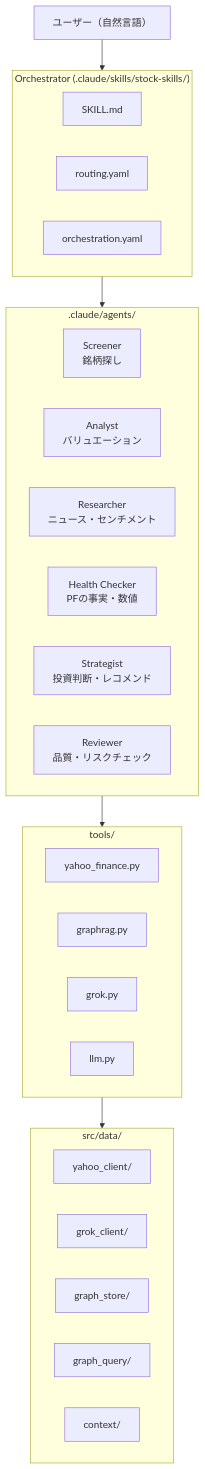
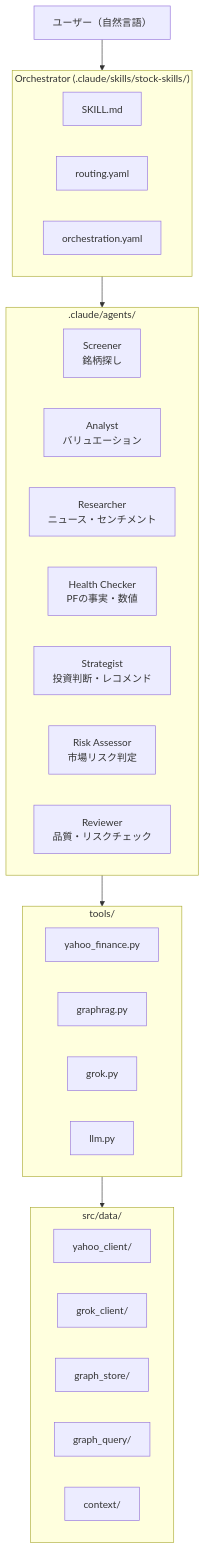
Before and after one commit to kiyotoab-bot/stock_skills_2: the diagram in docs/architecture.md, drawn with Mermaid. The commit also changed other lines of this file and 5 other files, not shown here.

First line of the commit message:
Add Risk Assessor agent with few-shot patterns and geopolitical check (KIK-696/697)

````diff
--- a/docs/architecture.md
+++ b/docs/architecture.md
@@ -14,39 +14,40 @@
 ```mermaid
 graph TD
     User["ユーザー（自然言語）"]
 
     subgraph Orchestrator["Orchestrator (.claude/skills/stock-skills/)"]
         SKILL["SKILL.md"]
         ROUTE["routing.yaml"]
         ORCH["orchestration.yaml"]
     end
 
     subgraph Agents[".claude/agents/"]
         SCR["Screener<br/>銘柄探し"]
         ANA["Analyst<br/>バリュエーション"]
         RES["Researcher<br/>ニュース・センチメント"]
         HC["Health Checker<br/>PFの事実・数値"]
         STR["Strategist<br/>投資判断・レコメンド"]
+        RA["Risk Assessor<br/>市場リスク判定"]
         REV["Reviewer<br/>品質・リスクチェック"]
     end
 
     subgraph Tools["tools/"]
         YF["yahoo_finance.py"]
         GR["graphrag.py"]
         GK["grok.py"]
         LLM["llm.py"]
     end
 
     subgraph Data["src/data/"]
         YC["yahoo_client/"]
         GC["grok_client/"]
         GS["graph_store/"]
         GQ["graph_query/"]
         CTX["context/"]
     end
 
     User --> Orchestrator
     Orchestrator --> Agents
     Agents --> Tools
     Tools --> Data
 ```
````
